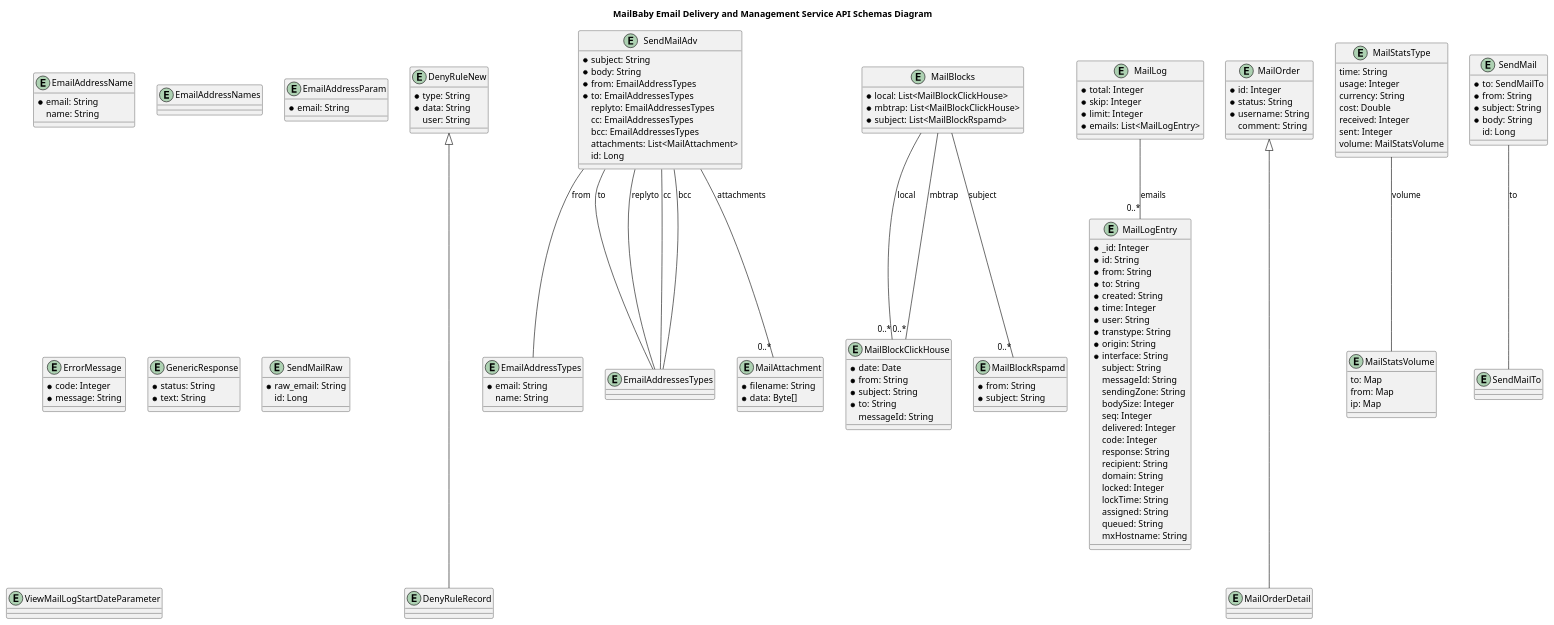
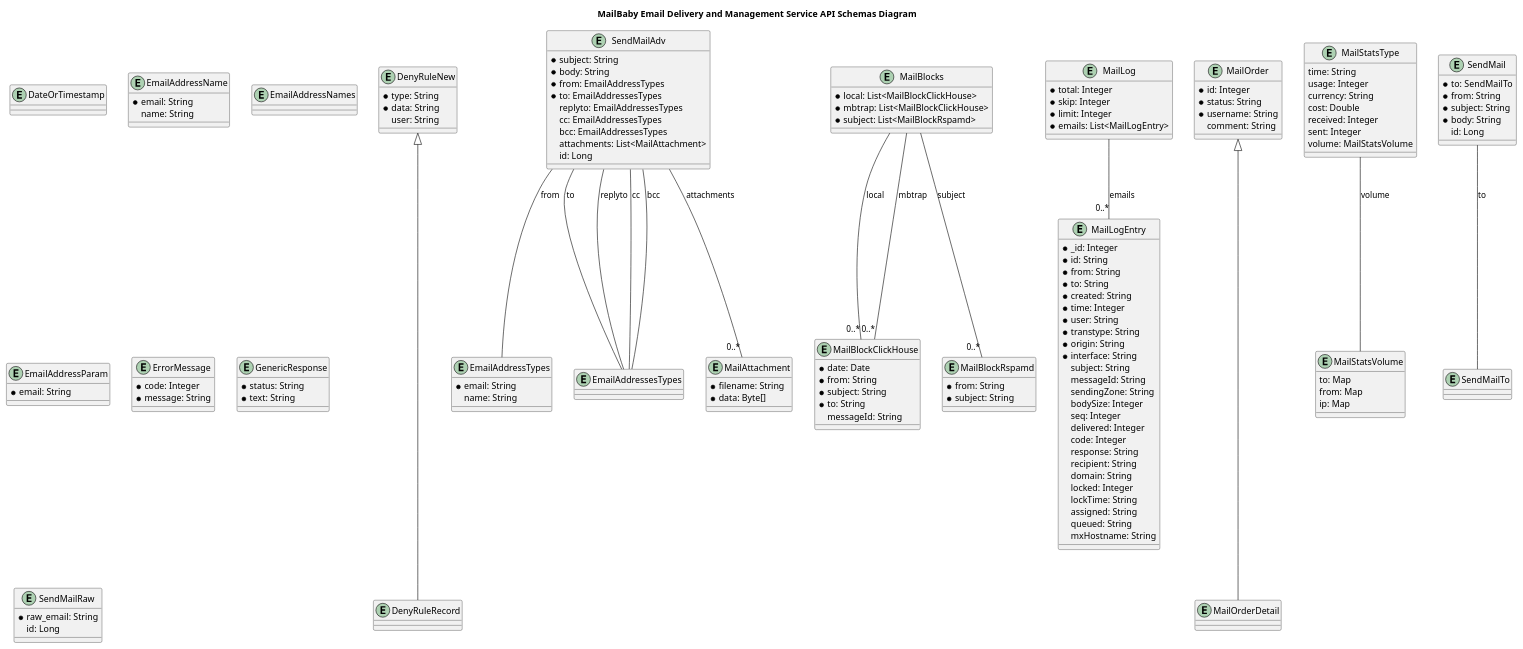
Before and after one commit to interserver/mailbaby-api-samples: the diagram in openapi-documentation/plantuml/schemas.plantuml, drawn with PlantUML. The commit also changed 633 other files, not shown here.

```diff
--- a/openapi-documentation/plantuml/schemas.plantuml
+++ b/openapi-documentation/plantuml/schemas.plantuml
@@ -1,176 +1,176 @@
 @startuml
 
 title MailBaby Email Delivery and Management Service API Schemas Diagram
+
+entity DateOrTimestamp {
+}
 
 entity DenyRuleNew {
     * type: String
     * data: String
     user: String
 }
 
 entity DenyRuleRecord {
 }
 
 entity EmailAddressName {
     * email: String
     name: String
 }
 
 entity EmailAddressNames {
 }
 
 entity EmailAddressParam {
     * email: String
 }
 
 entity EmailAddressTypes {
     * email: String
     name: String
 }
 
 entity EmailAddressesTypes {
 }
 
 entity ErrorMessage {
     * code: Integer
     * message: String
 }
 
 entity GenericResponse {
     * status: String
     * text: String
 }
 
 entity MailAttachment {
     * filename: String
     * data: Byte[]
 }
 
 entity MailBlockClickHouse {
     * date: Date
     * from: String
     * subject: String
     * to: String
     messageId: String
 }
 
 entity MailBlockRspamd {
     * from: String
     * subject: String
 }
 
 entity MailBlocks {
     * local: List<MailBlockClickHouse>
     * mbtrap: List<MailBlockClickHouse>
     * subject: List<MailBlockRspamd>
 }
 
 entity MailLog {
     * total: Integer
     * skip: Integer
     * limit: Integer
     * emails: List<MailLogEntry>
 }
 
 entity MailLogEntry {
     * _id: Integer
     * id: String
     * from: String
     * to: String
     * created: String
     * time: Integer
     * user: String
     * transtype: String
     * origin: String
     * interface: String
     subject: String
     messageId: String
     sendingZone: String
     bodySize: Integer
     seq: Integer
     delivered: Integer
     code: Integer
     response: String
     recipient: String
     domain: String
     locked: Integer
     lockTime: String
     assigned: String
     queued: String
     mxHostname: String
 }
 
 entity MailOrder {
     * id: Integer
     * status: String
     * username: String
     comment: String
 }
 
 entity MailOrderDetail {
 }
 
 entity MailStatsType {
     time: String
     usage: Integer
     currency: String
     cost: Double
     received: Integer
     sent: Integer
     volume: MailStatsVolume
 }
 
 entity MailStatsVolume {
     to: Map
     from: Map
     ip: Map
 }
 
 entity SendMail {
     * to: SendMailTo
     * from: String
     * subject: String
     * body: String
     id: Long
 }
 
 entity SendMailAdv {
     * subject: String
     * body: String
     * from: EmailAddressTypes
     * to: EmailAddressesTypes
     replyto: EmailAddressesTypes
     cc: EmailAddressesTypes
     bcc: EmailAddressesTypes
     attachments: List<MailAttachment>
     id: Long
 }
 
 entity SendMailRaw {
     * raw_email: String
     id: Long
 }
 
 entity SendMailTo {
 }
 
-entity ViewMailLogStartDateParameter {
-}
-
 DenyRuleNew <|--- DenyRuleRecord
 MailOrder <|--- MailOrderDetail
 
 MailStatsType -- MailStatsVolume : volume
 SendMailAdv -- EmailAddressTypes : from
 SendMailAdv -- EmailAddressesTypes : to
 SendMailAdv -- EmailAddressesTypes : replyto
 SendMailAdv -- EmailAddressesTypes : cc
 SendMailAdv -- EmailAddressesTypes : bcc
 SendMailAdv -- "0..*" MailAttachment : attachments
 SendMail -- SendMailTo : to
 MailLog -- "0..*" MailLogEntry : emails
 MailBlocks -- "0..*" MailBlockClickHouse : local
 MailBlocks -- "0..*" MailBlockClickHouse : mbtrap
 MailBlocks -- "0..*" MailBlockRspamd : subject
 
 @enduml
```
